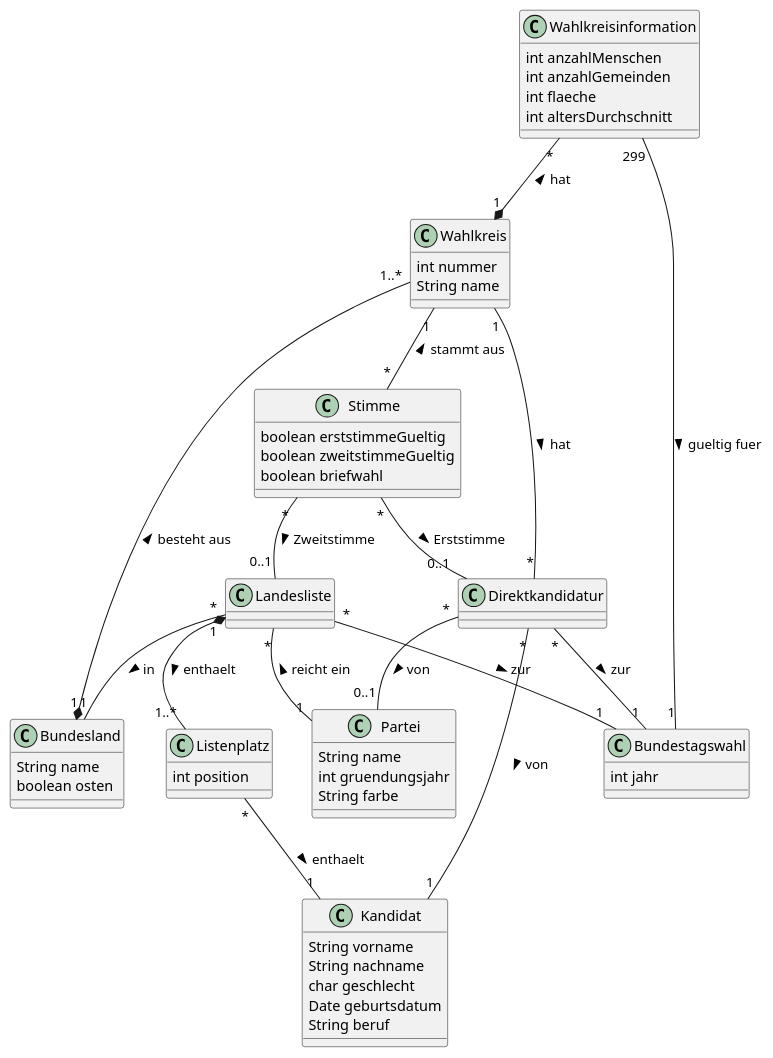
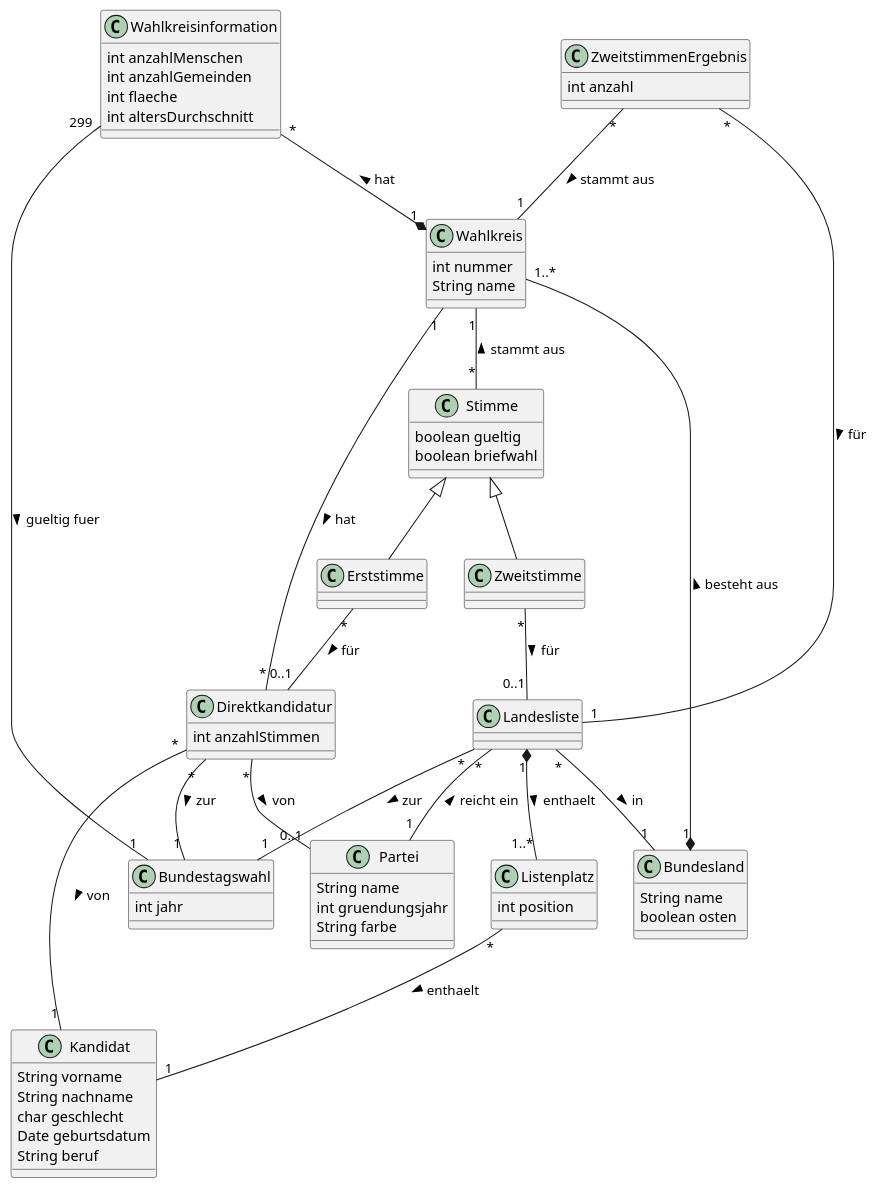
One commit to Toemmsche/database-systems-project-mirror changed the diagram in Blatt1/Aufgabe3.puml. Above: the diagram before and after it, drawn with PlantUML. The commit also changed 1 other file, not shown here.

```diff
--- a/Blatt1/Aufgabe3.puml
+++ b/Blatt1/Aufgabe3.puml
@@ -1,73 +1,84 @@
 @startuml
 class Kandidat {
     String vorname
     String nachname
     char geschlecht
     Date geburtsdatum
     String beruf
 }
 
 class Bundesland {
     String name
     boolean osten
 }
 
 class Partei {
     String name
     int gruendungsjahr
     String farbe
 }
 
 class Bundestagswahl{
    int jahr
 }
 
 class Wahlkreisinformation {
     int anzahlMenschen
     int anzahlGemeinden
     int flaeche
     int altersDurchschnitt
 }
 
 class Landesliste {
 }
 
 class Listenplatz {
     int position
 }
 
 class Wahlkreis {
     int nummer
     String name
 }
 
+class ZweitstimmenErgebnis {
+    int anzahl
+}
 class Stimme {
-    boolean erststimmeGueltig
-    boolean zweitstimmeGueltig
+    boolean gueltig
     boolean briefwahl
 }
 
+class Zweitstimme extends Stimme {
+}
+
+class Erststimme extends Stimme {
+}
+
 class Direktkandidatur {
+    int anzahlStimmen
 }
 
 Landesliste "*" -- "1" Bundesland : in >
 Landesliste "*" -- "1" Partei : < reicht ein
 Landesliste "*" -- "1" Bundestagswahl: zur >
 
 Landesliste "1" *-- "1..*" Listenplatz : enthaelt >
 Listenplatz "*" -- "1" Kandidat : enthaelt >
 
 Wahlkreis "1..*" --* "1" Bundesland : besteht aus <
 
 Wahlkreisinformation "*" --* "1" Wahlkreis : < hat
 Wahlkreisinformation "299" -- "1" Bundestagswahl: gueltig fuer >
 
 Direktkandidatur "*" -- "1" Kandidat : von >
 Direktkandidatur "*" -- "1" Wahlkreis : < hat
 Direktkandidatur "*" -- "0..1" Partei : von >
 Direktkandidatur "*" -- "1" Bundestagswahl: zur >
 
-Stimme "*" -- "0..1" Direktkandidatur : Erststimme >
-Stimme "*" -- "0..1" Landesliste : Zweitstimme >
+Erststimme "*" -- "0..1" Direktkandidatur : für >
+Zweitstimme "*" -- "0..1" Landesliste : für >
 Stimme "*" -up- "1" Wahlkreis : stammt aus >
+ZweitstimmenErgebnis "*" -- "1" Wahlkreis : stammt aus >
+ZweitstimmenErgebnis "*" -- "1" Landesliste : für >
 @enduml
```
